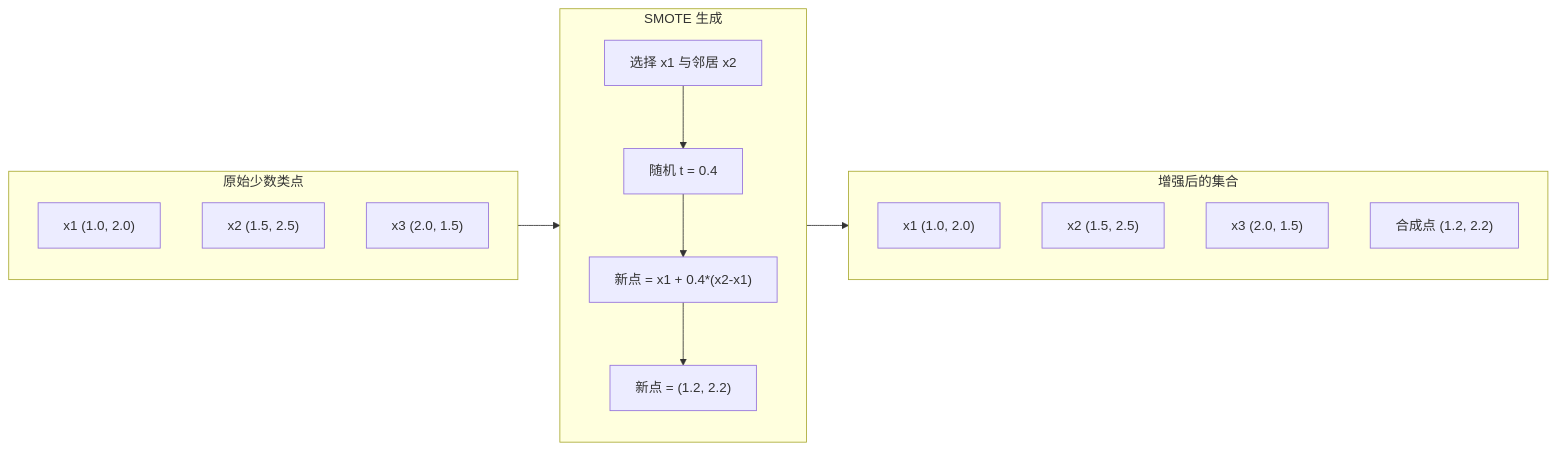
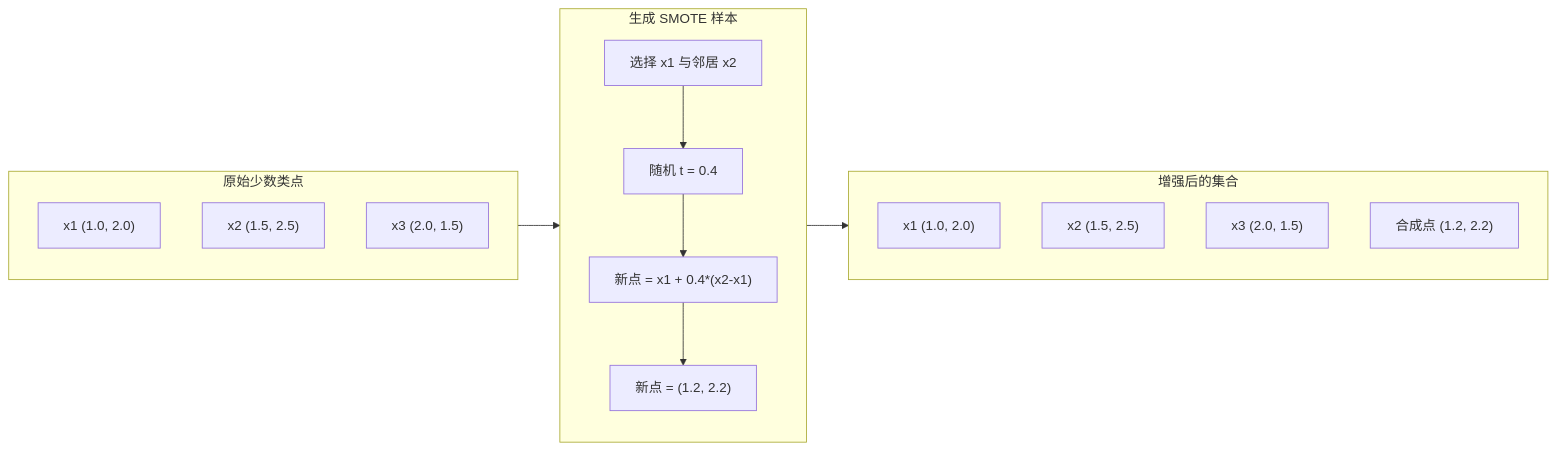
The second of 4 diagrams in content/translations/practice/02-ml-fundamentals/17-imbalanced-data/zh.md (huangyue12120/Learning-Atlas), drawn with Mermaid before and after one commit. The commit also changed other lines of this file and 24 other files, not shown here.

Commit message:
fix(reader): localize Mermaid in source content

````diff
--- a/content/translations/practice/02-ml-fundamentals/17-imbalanced-data/zh.md
+++ b/content/translations/practice/02-ml-fundamentals/17-imbalanced-data/zh.md
@@ -91,24 +91,24 @@
 ```mermaid
 flowchart LR
     subgraph Original["原始少数类点"]
         P1["x1 (1.0, 2.0)"]
         P2["x2 (1.5, 2.5)"]
         P3["x3 (2.0, 1.5)"]
     end
-    subgraph SMOTE["SMOTE 生成"]
+    subgraph SMOTE["生成 SMOTE 样本"]
         direction TB
         S1["选择 x1 与邻居 x2"]
         S2["随机 t = 0.4"]
         S3["新点 = x1 + 0.4*(x2-x1)"]
         S4["新点 = (1.2, 2.2)"]
         S1 --> S2 --> S3 --> S4
     end
     Original --> SMOTE
     subgraph Result["增强后的集合"]
         R1["x1 (1.0, 2.0)"]
         R2["x2 (1.5, 2.5)"]
         R3["x3 (2.0, 1.5)"]
         R4["合成点 (1.2, 2.2)"]
     end
     SMOTE --> Result
 ```
````
